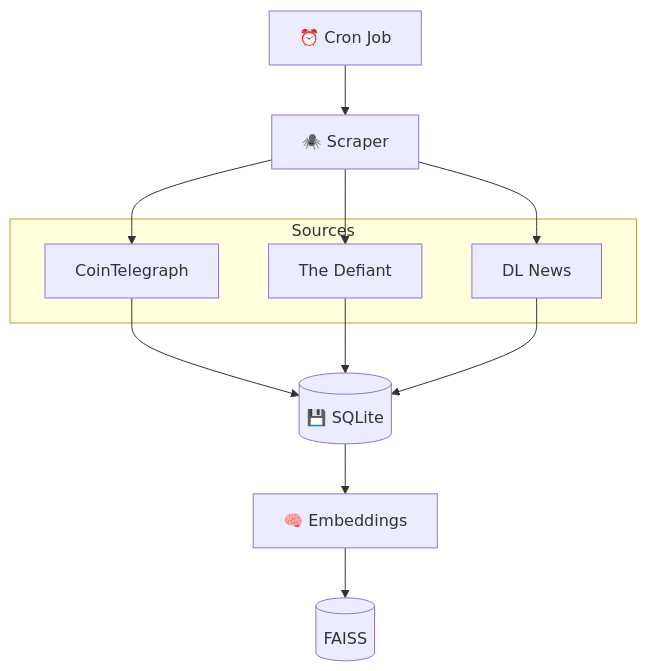
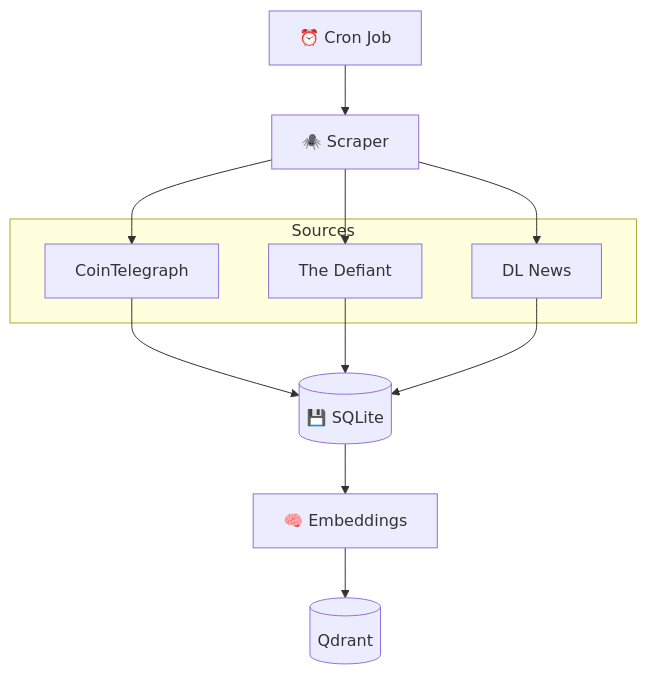
The second of 3 diagrams in architecture.md (oscarthedev15/crypto-news-analyst), drawn with Mermaid before and after one commit. The commit also changed other lines of this file and 2 other files, not shown here.

Commit message:
documentation: replaced faiss with qdrant

````diff
--- a/architecture.md
+++ b/architecture.md
@@ -32,15 +32,15 @@
 ```mermaid
 flowchart TB
     CRON[⏰ Cron Job] --> SCRAPER[🕷️ Scraper]
 
     subgraph "Sources"
         CT[CoinTelegraph]
         TD[The Defiant]
         DL[DL News]
     end
 
     SCRAPER --> CT & TD & DL
     CT & TD & DL --> DB[(💾 SQLite)]
     DB --> EMBED[🧠 Embeddings]
-    EMBED --> FAISS[(FAISS)]
+    EMBED --> QDRANT[(Qdrant)]
 ```
````
